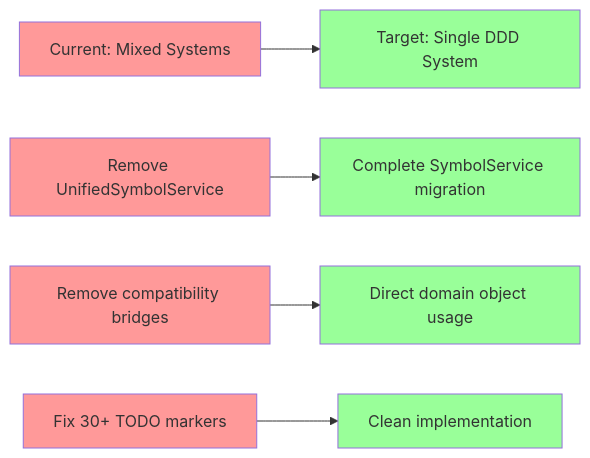
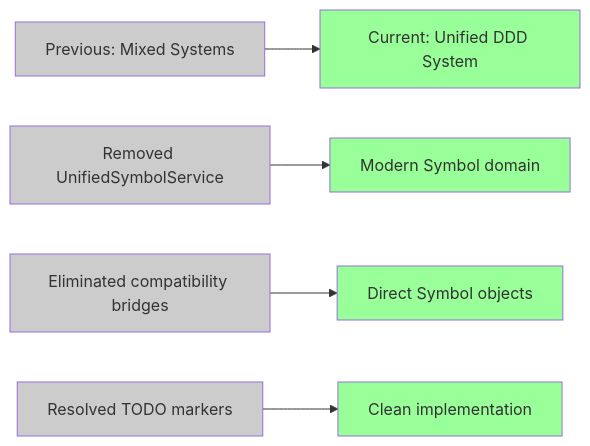
One commit to plataplomo/hummingbot changed the tenth of 11 diagrams in workflow/business_logic_refactor/01_first_steps.md. Above: the diagram before and after it, drawn with Mermaid. The commit also changed other lines of this file and 93 other files, not shown here.

````diff
--- a/workflow/business_logic_refactor/01_first_steps.md
+++ b/workflow/business_logic_refactor/01_first_steps.md
@@ -409,16 +426,16 @@
 ```mermaid
 graph LR
-    A[Current: Mixed Systems] --> B[Target: Single DDD System]
-    A1[Remove UnifiedSymbolService] --> B1[Complete SymbolService migration]
-    A2[Remove compatibility bridges] --> B2[Direct domain object usage]
-    A3[Fix 30+ TODO markers] --> B3[Clean implementation]
-    
-    style A fill:#ff9999
-    style A1 fill:#ff9999
-    style A2 fill:#ff9999
-    style A3 fill:#ff9999
+    A[Previous: Mixed Systems] --> B[Current: Unified DDD System]
+    A1[Removed UnifiedSymbolService] --> B1[Modern Symbol domain]
+    A2[Eliminated compatibility bridges] --> B2[Direct Symbol objects]
+    A3[Resolved TODO markers] --> B3[Clean implementation]
+
+    style A fill:#cccccc
+    style A1 fill:#cccccc
+    style A2 fill:#cccccc
+    style A3 fill:#cccccc
     style B fill:#99ff99
     style B1 fill:#99ff99
     style B2 fill:#99ff99
     style B3 fill:#99ff99
 ```
````
